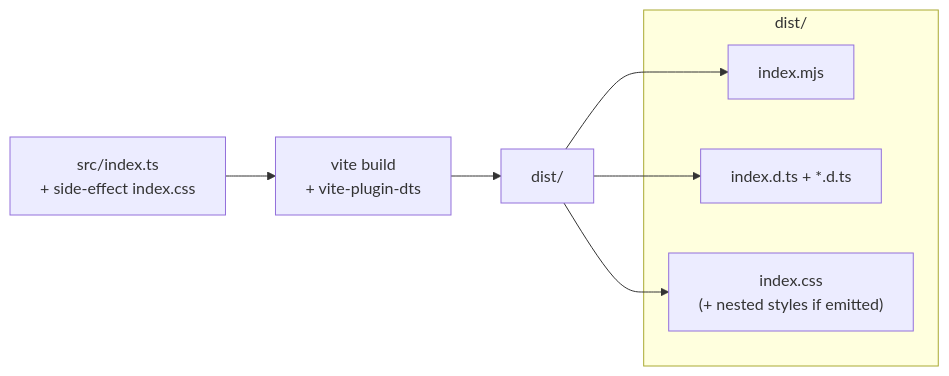
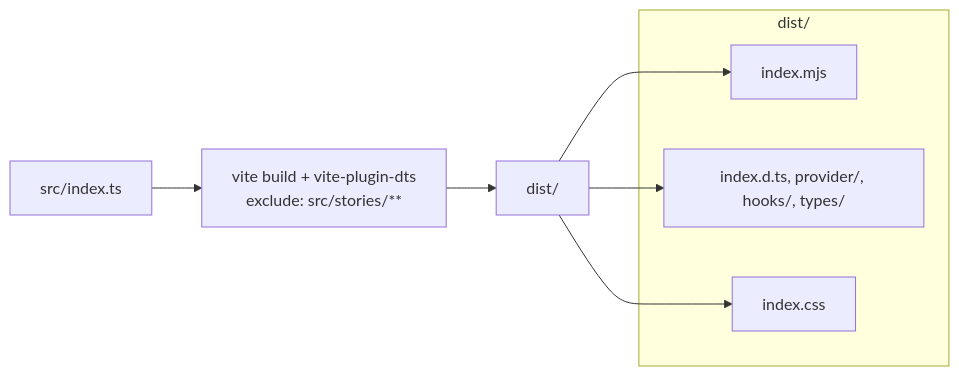
The sixth of 6 diagrams in packages/theme/.docs/architecture.md (truerain/genoffice-v2), drawn with Mermaid before and after one commit. The commit also changed other lines of this file and 26 other files, not shown here.

````diff
--- a/packages/theme/.docs/architecture.md
+++ b/packages/theme/.docs/architecture.md
@@ -209,16 +245,16 @@
 ```mermaid
 flowchart LR
-  SRC["src/index.ts<br/>+ side-effect index.css"]
-  VITE["vite build<br/>+ vite-plugin-dts"]
+  SRC["src/index.ts"]
+  VITE["vite build + vite-plugin-dts<br/>exclude: src/stories/**"]
   DIST["dist/"]
 
   SRC --> VITE --> DIST
 
   subgraph outputs ["dist/"]
     MJS["index.mjs"]
-    DTS["index.d.ts + *.d.ts"]
-    CSS_OUT["index.css<br/>(+ nested styles if emitted)"]
+    DTS["index.d.ts, provider/, hooks/, types/"]
+    CSS_OUT["index.css"]
   end
 
   DIST --> MJS & DTS & CSS_OUT
 ```
````
